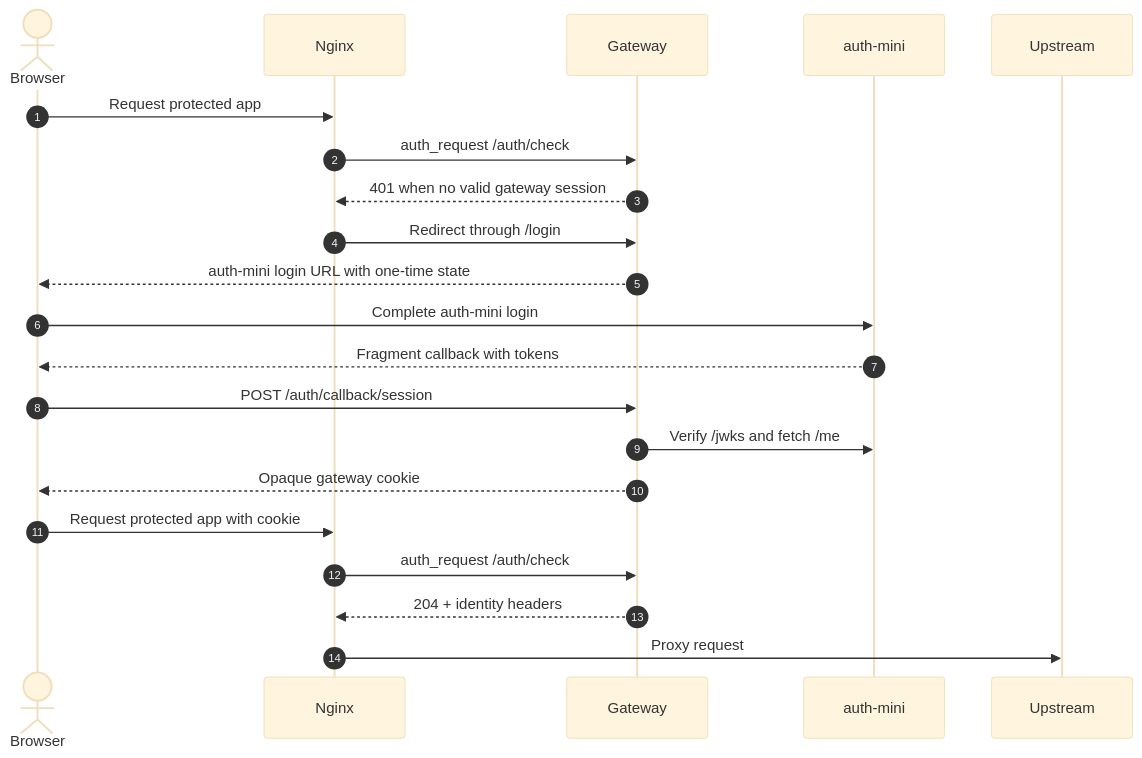
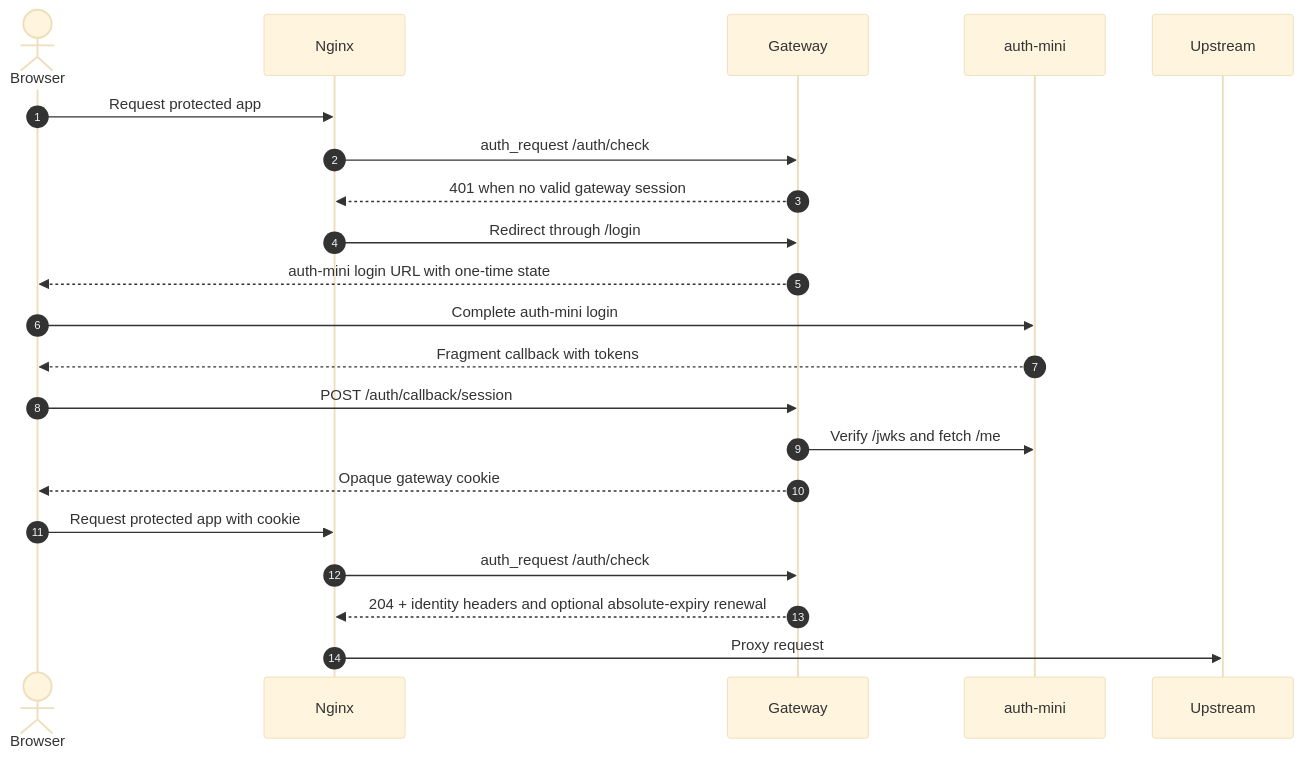
The diagram in docs/README.md (Thrimbda/auth-mini-gateway), drawn with Mermaid (base theme) before and after one commit. The commit also changed other lines of this file and 39 other files, not shown here.

````diff
--- a/docs/README.md
+++ b/docs/README.md
@@ -31,24 +31,24 @@
 ```mermaid
 sequenceDiagram
     autonumber
     actor Browser
     participant Nginx
     participant Gateway
     participant Auth as auth-mini
     participant Upstream
 
     Browser->>Nginx: Request protected app
     Nginx->>Gateway: auth_request /auth/check
     Gateway-->>Nginx: 401 when no valid gateway session
     Nginx->>Gateway: Redirect through /login
     Gateway-->>Browser: auth-mini login URL with one-time state
     Browser->>Auth: Complete auth-mini login
     Auth-->>Browser: Fragment callback with tokens
     Browser->>Gateway: POST /auth/callback/session
     Gateway->>Auth: Verify /jwks and fetch /me
     Gateway-->>Browser: Opaque gateway cookie
     Browser->>Nginx: Request protected app with cookie
     Nginx->>Gateway: auth_request /auth/check
-    Gateway-->>Nginx: 204 + identity headers
+    Gateway-->>Nginx: 204 + identity headers and optional absolute-expiry renewal
     Nginx->>Upstream: Proxy request
 ```
````
